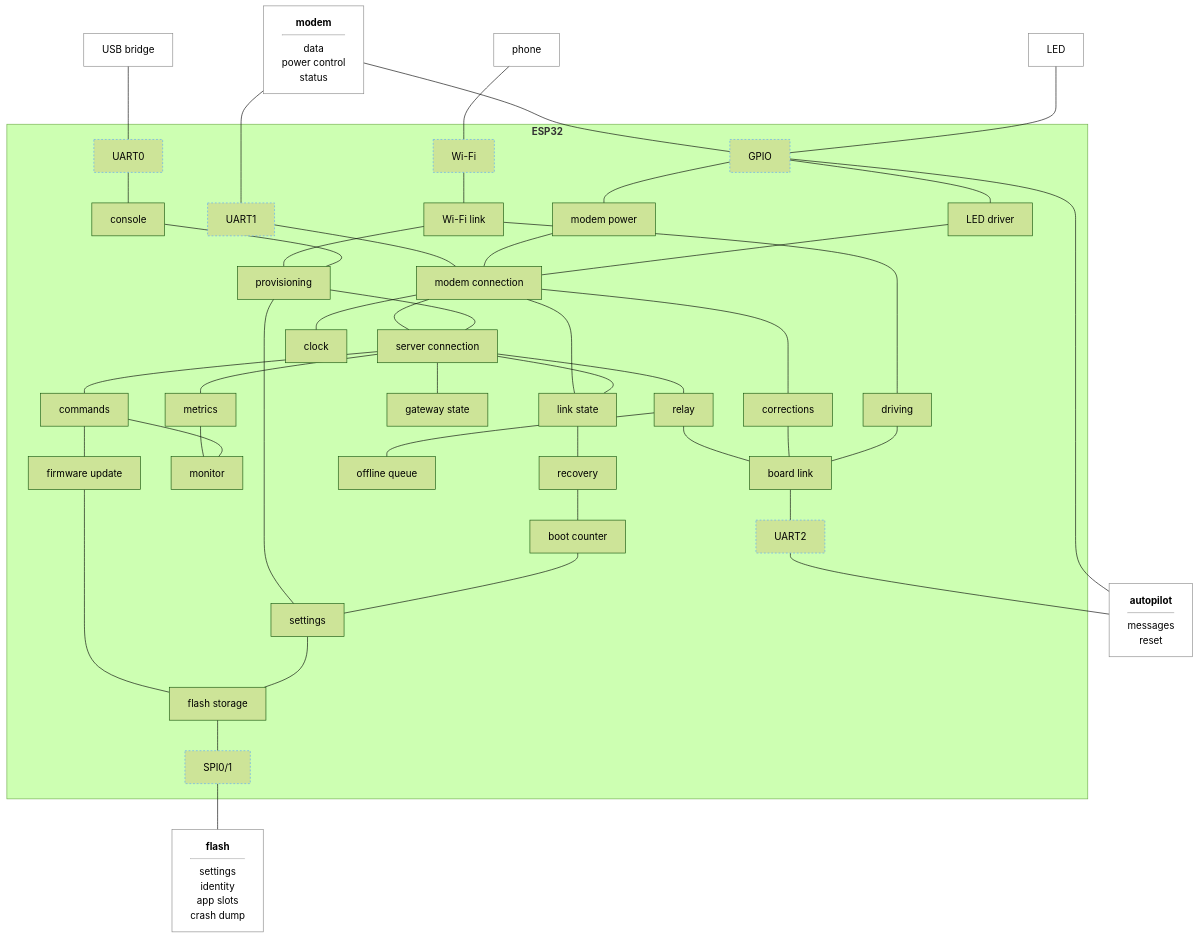
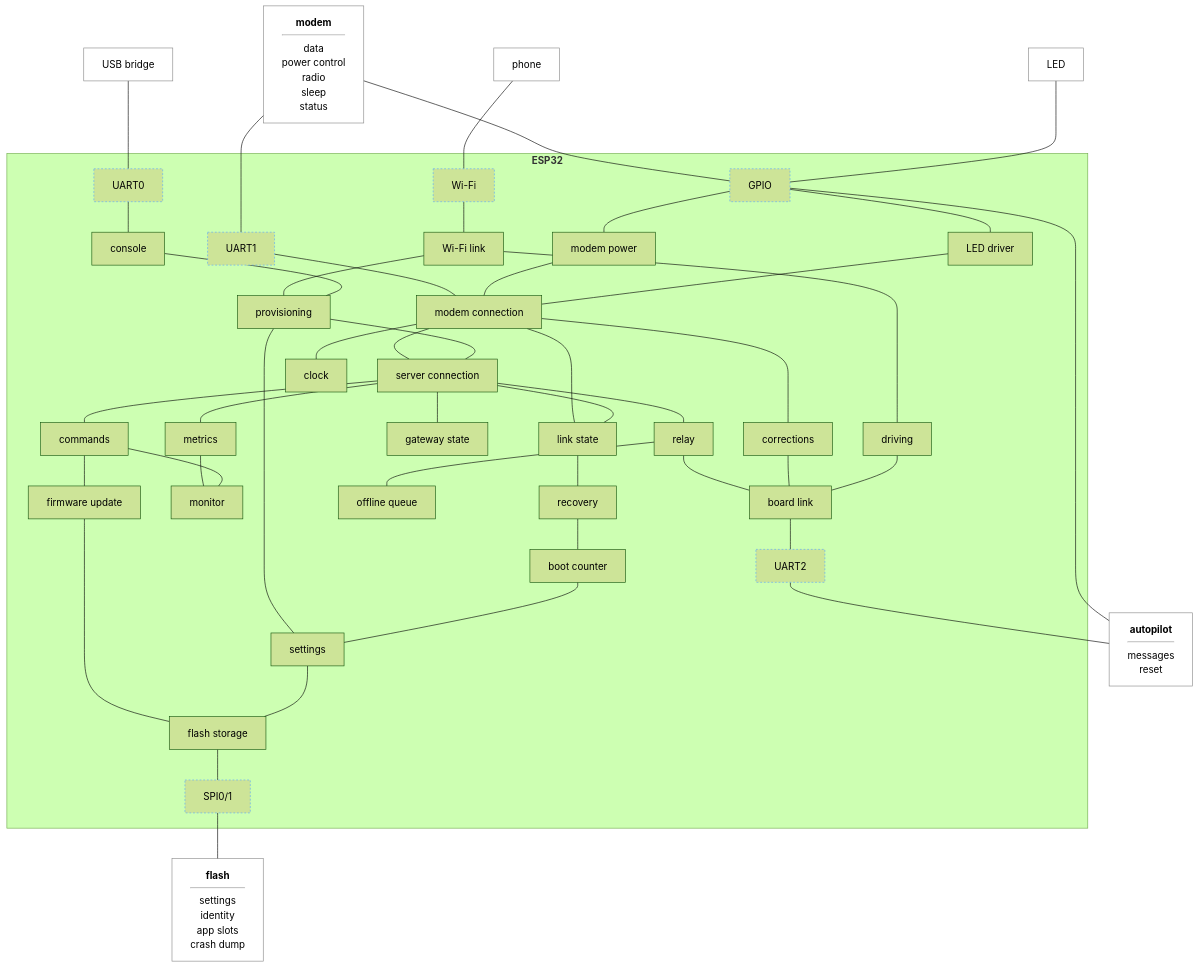
Before and after one commit to rmx-lt/rmx-mower-gateway: the diagram in .esp-architecture/diagrams/block-draft.md, drawn with Mermaid (forest theme).

Commit message:
Draft: radio and sleep as modem parts

````diff
--- a/.esp-architecture/diagrams/block-draft.md
+++ b/.esp-architecture/diagrams/block-draft.md
@@ -5,80 +5,80 @@
 ```mermaid
 flowchart TD
-  modem["<b>modem</b><hr/>data<br/>power control<br/>status"]
+  modem["<b>modem</b><hr/>data<br/>power control<br/>radio<br/>sleep<br/>status"]
   led["LED"]
   ph["phone"]
   usb["USB bridge"]
   subgraph cpu["<b>ESP32</b>"]
     u1["UART1"]
     gp["GPIO"]
     wf["Wi-Fi"]
     u0["UART0"]
     conn["modem connection"]
     pwr["modem power"]
     ledd["LED driver"]
     wl["Wi-Fi link"]
     con["console"]
     ntrip["corrections"]
     mqtt["server connection"]
     drive["driving"]
     prov["provisioning"]
     cmd["commands"]
     upd["firmware update"]
     state["gateway state"]
     met["metrics"]
     mon["monitor"]
     ls["link state"]
     clk["clock"]
     rec["recovery"]
     boot["boot counter"]
     relay["relay"]
     q["offline queue"]
     bl["board link"]
     set["settings"]
     fs["flash storage"]
     u2["UART2"]
     sp["SPI0/1"]
   end
   ap["<b>autopilot</b><hr/>messages<br/>reset"]
   fl["<b>flash</b><hr/>settings<br/>identity<br/>app slots<br/>crash dump"]
   modem --- u1 --- conn
   modem --- gp
   led --- gp
   gp --- pwr --- conn
   gp --- ledd --- conn
   ph --- wf --- wl
   usb --- u0 --- con
   wl --- drive
   wl --- prov
   con --- prov
   conn --- mqtt
   conn --- ntrip
   conn --- clk
   conn --- ls
   mqtt --- ls
   mqtt --- cmd
   mqtt --- state
   mqtt --- met
   mqtt --- relay
   met --- mon
   cmd --- mon
   cmd --- upd
   prov --- mqtt
   prov --- set
   ls --- rec
   rec --- boot
   boot --- set
   relay --- q
   relay --- bl
   ntrip --- bl
   drive --- bl
   upd --- fs
   set --- fs
   fs --- sp --- fl
   bl --- u2 --- ap
   gp --- ap
   classDef bus stroke:#58a6ff,stroke-dasharray:3 3
   class u1,gp,u2,wf,u0,sp bus
   classDef device fill:none,stroke:#888
   class modem,led,ap,ph,usb,fl device
 ```
````
